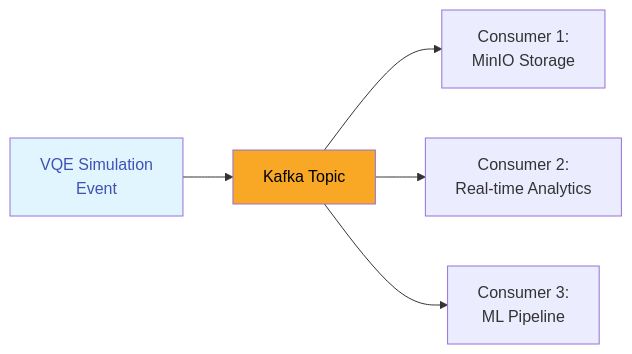
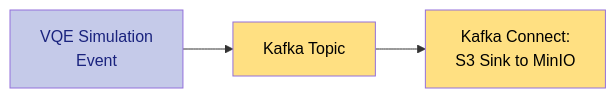
The third of 5 diagrams in docs/architecture/index.md (straightchlorine/quantum-pipeline), drawn with Mermaid before and after one commit. The commit also changed other lines of this file and 4 other files, not shown here.

Commit message:
feat: gitignore and architecture docs

````diff
--- a/docs/architecture/index.md
+++ b/docs/architecture/index.md
@@ -257,10 +252,9 @@
 ```mermaid
 graph LR
     E[VQE Simulation<br/>Event] --> K[Kafka Topic]
-    K --> C1[Consumer 1:<br/>MinIO Storage]
-    K --> C2[Consumer 2:<br/>Real-time Analytics]
-    K --> C3[Consumer 3:<br/>ML Pipeline]
+    K --> KC[Kafka Connect:<br/>S3 Sink to MinIO]
 
-    style E fill:#e1f5ff,color:#3f51b5
-    style K fill:#f9a825,color:#000
+    style E fill:#c5cae9,color:#1a237e
+    style K fill:#ffe082,color:#000
+    style KC fill:#ffe082,color:#000
 ```
````
